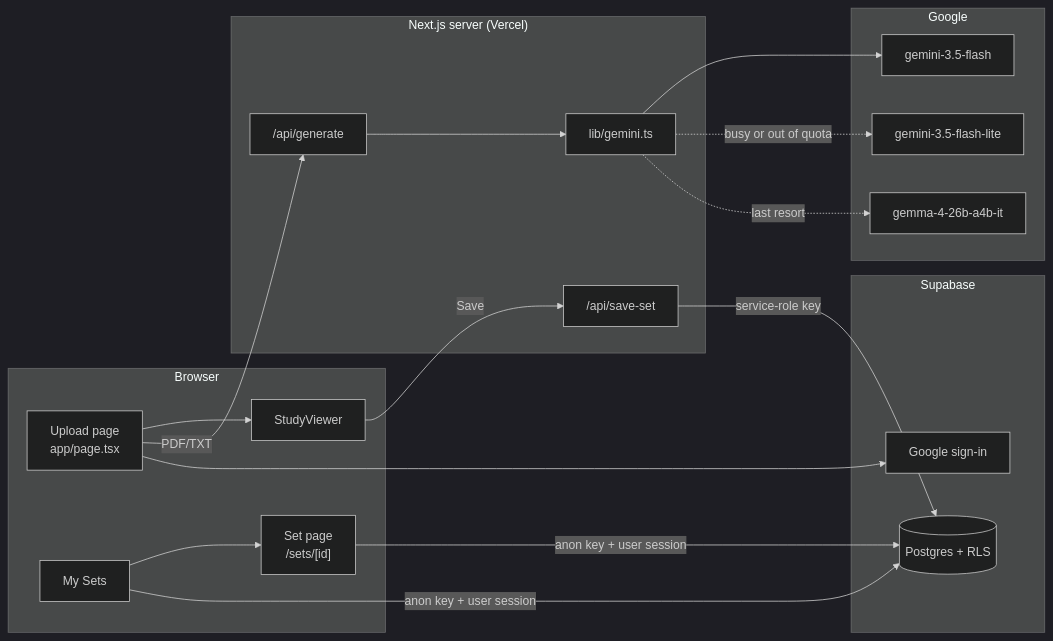
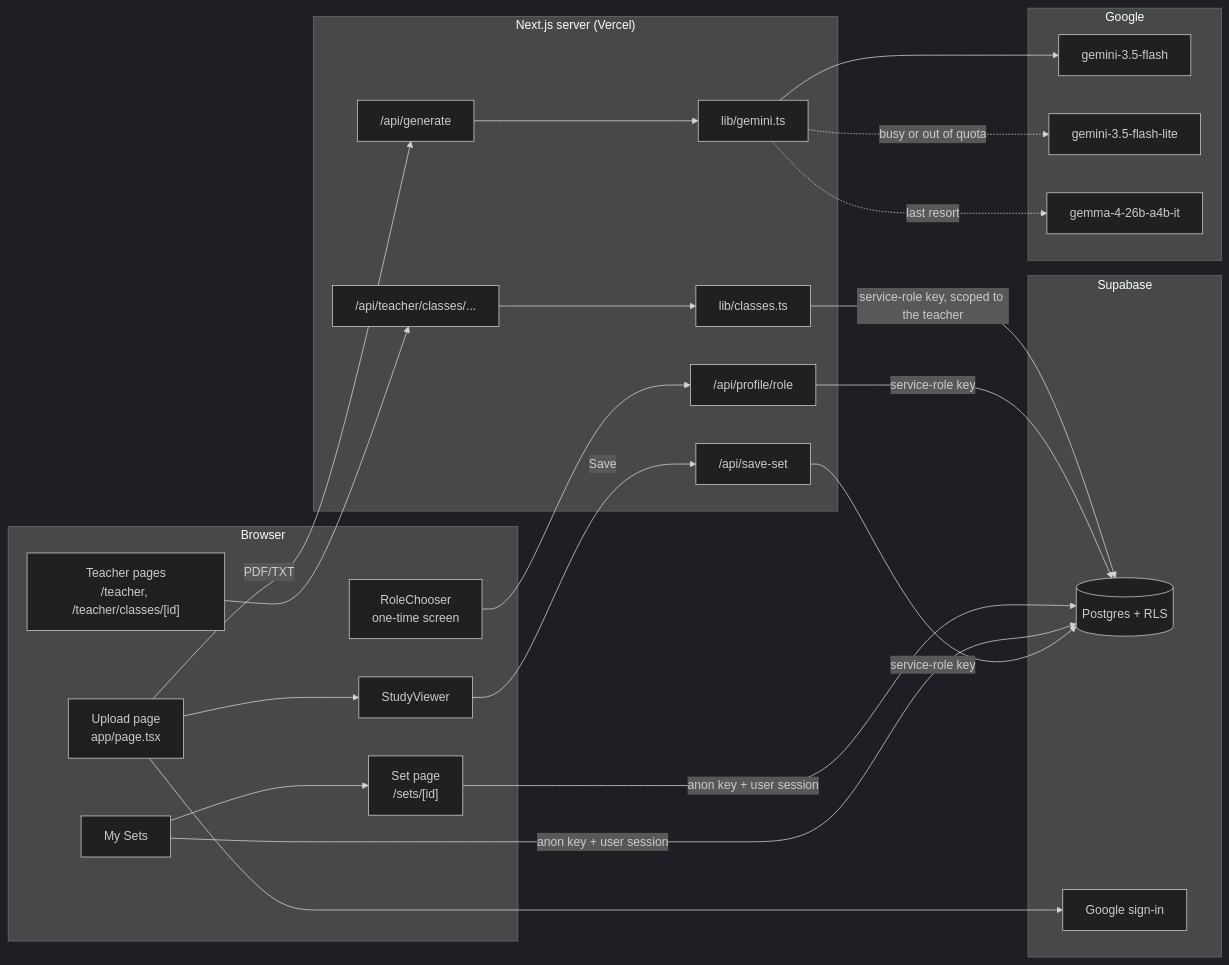
The diagram in docs/ARCHITECTURE.md (GABRIEL-CSTND/FlashForge), drawn with Mermaid (dark theme) before and after one commit. The commit also changed other lines of this file and 2 other files, not shown here.

````diff
--- a/docs/ARCHITECTURE.md
+++ b/docs/ARCHITECTURE.md
@@ -8,25 +8,32 @@
 ```mermaid
 flowchart LR
   subgraph Browser
     U[Upload page<br/>app/page.tsx] --> SV[StudyViewer]
     MS[My Sets] --> SP["Set page<br/>/sets/[id]"]
+    RC[RoleChooser<br/>one-time screen]
+    T["Teacher pages<br/>/teacher, /teacher/classes/[id]"]
   end
   subgraph "Next.js server (Vercel)"
     G["/api/generate"] --> AI[lib/gemini.ts]
     S["/api/save-set"]
+    R["/api/profile/role"]
+    TC["/api/teacher/classes/..."] --> CL[lib/classes.ts]
   end
   subgraph Google
     AI --> M1[gemini-3.5-flash]
     AI -.->|busy or out of quota| M2[gemini-3.5-flash-lite]
     AI -.->|last resort| M3[gemma-4-26b-a4b-it]
   end
   subgraph Supabase
     DB[(Postgres + RLS)]
     AUTH[Google sign-in]
   end
   U -->|PDF/TXT| G
   SV -->|Save| S -->|service-role key| DB
   MS -->|anon key + user session| DB
   SP -->|anon key + user session| DB
   U --> AUTH
+  RC --> R -->|service-role key| DB
+  T --> TC
+  CL -->|service-role key, scoped to the teacher| DB
 ```
````
